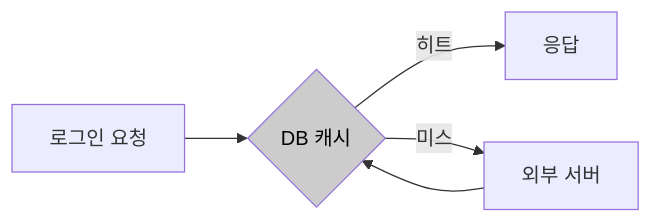
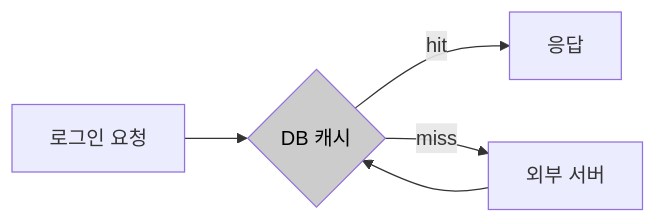
One commit to sujinnkim/A_Personal changed the second of 4 diagrams in docs/04-architecture-analysis/3.2-problem-analysis-and-strategy/AS-03-외부권한조회다층캐시적용.md. Above: the diagram before and after it, drawn with Mermaid. The commit also changed other lines of this file and 10 other files, not shown here.

First line of the commit message:
docs: 캐시 관련 한국어 표기 '히트'/'미스' → 영어 'hit'/'miss' 통일

````diff
--- a/docs/04-architecture-analysis/3.2-problem-analysis-and-strategy/AS-03-외부권한조회다층캐시적용.md
+++ b/docs/04-architecture-analysis/3.2-problem-analysis-and-strategy/AS-03-외부권한조회다층캐시적용.md
@@ -53,8 +53,8 @@
 ```mermaid
 flowchart LR
     REQ["로그인 요청"] --> DBCACHE{"DB 캐시"}
-    DBCACHE -->|"히트"| RESP["응답"]
-    DBCACHE -->|"미스"| EXT["외부 서버"]
+    DBCACHE -->|"hit"| RESP["응답"]
+    DBCACHE -->|"miss"| EXT["외부 서버"]
     EXT --> DBCACHE
     style DBCACHE fill:#cccccc,color:#000
 ```
````
